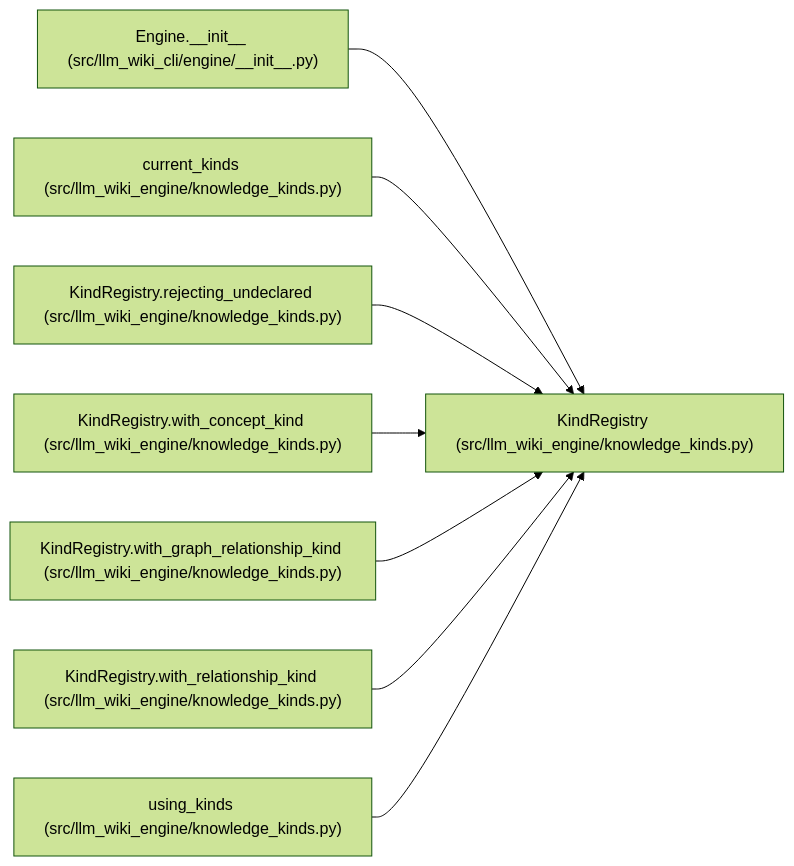
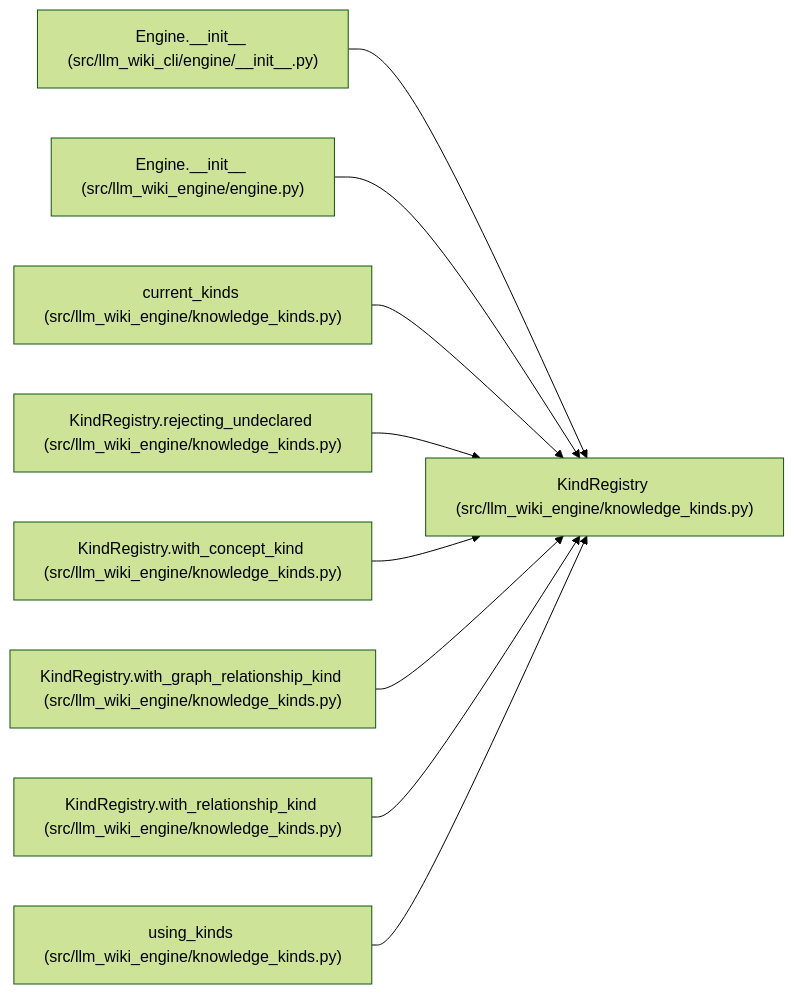
The diagram in docs/llm_wiki/entities/KindRegistry.md (Denissvgn/python-wiki-llm), drawn with Mermaid (forest theme) before and after one commit. The commit also changed other lines of this file and 719 other files, not shown here.

Commit message:
docs: refresh the wiki for the engine's own use cases

````diff
--- a/docs/llm_wiki/entities/KindRegistry.md
+++ b/docs/llm_wiki/entities/KindRegistry.md
@@ -42,26 +42,29 @@
 ```mermaid
 flowchart LR
     n0["KindRegistry (src/llm_wiki_engine/knowledge_kinds.py)"]
     n1["Engine.__init__ (src/llm_wiki_cli/engine/__init__.py)"]
-    n2["current_kinds (src/llm_wiki_engine/knowledge_kinds.py)"]
-    n3["KindRegistry.rejecting_undeclared (src/llm_wiki_engine/knowledge_kinds.py)"]
-    n4["KindRegistry.with_concept_kind (src/llm_wiki_engine/knowledge_kinds.py)"]
-    n5["KindRegistry.with_graph_relationship_kind (src/llm_wiki_engine/knowledge_kinds.py)"]
-    n6["KindRegistry.with_relationship_kind (src/llm_wiki_engine/knowledge_kinds.py)"]
-    n7["using_kinds (src/llm_wiki_engine/knowledge_kinds.py)"]
+    n2["Engine.__init__ (src/llm_wiki_engine/engine.py)"]
+    n3["current_kinds (src/llm_wiki_engine/knowledge_kinds.py)"]
+    n4["KindRegistry.rejecting_undeclared (src/llm_wiki_engine/knowledge_kinds.py)"]
+    n5["KindRegistry.with_concept_kind (src/llm_wiki_engine/knowledge_kinds.py)"]
+    n6["KindRegistry.with_graph_relationship_kind (src/llm_wiki_engine/knowledge_kinds.py)"]
+    n7["KindRegistry.with_relationship_kind (src/llm_wiki_engine/knowledge_kinds.py)"]
+    n8["using_kinds (src/llm_wiki_engine/knowledge_kinds.py)"]
     n1 --> n0
     n2 --> n0
     n3 --> n0
     n4 --> n0
     n5 --> n0
     n6 --> n0
     n7 --> n0
+    n8 --> n0
     click n0 "../modules/knowledge_kinds.md"
     click n1 "../modules/engine___init__.md"
-    click n2 "../modules/knowledge_kinds.md"
+    click n2 "../modules/engine.md"
     click n3 "../modules/knowledge_kinds.md"
     click n4 "../modules/knowledge_kinds.md"
     click n5 "../modules/knowledge_kinds.md"
     click n6 "../modules/knowledge_kinds.md"
     click n7 "../modules/knowledge_kinds.md"
+    click n8 "../modules/knowledge_kinds.md"
 ```
````
